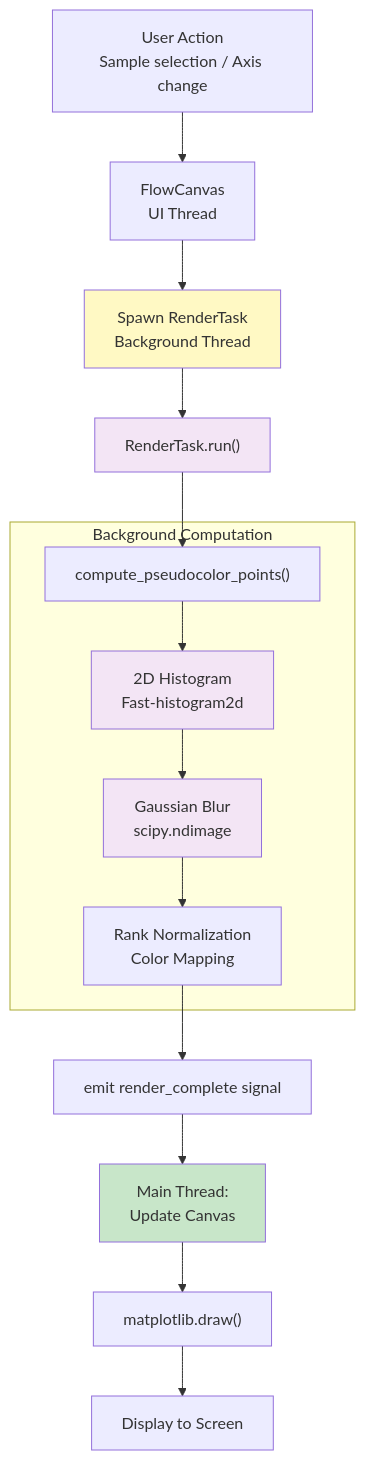
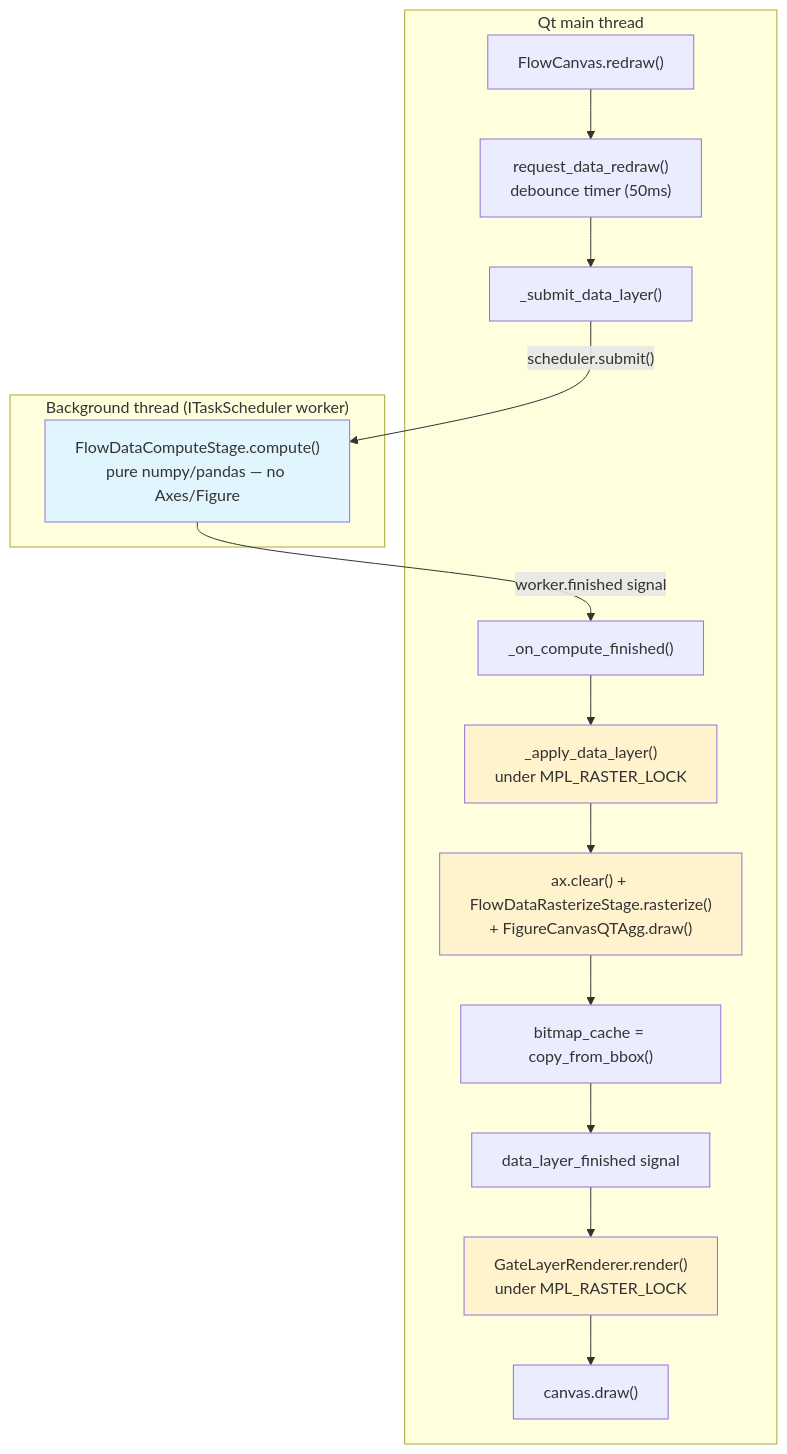
Before and after one commit to KalaimaranB/BioPro-flow-cytometry: the first of 2 diagrams in docs/developer/07_RENDERING_AND_VISUALIZATION.md, drawn with Mermaid. The commit also changed other lines of this file and 53 other files, not shown here.

````diff
--- a/docs/developer/07_RENDERING_AND_VISUALIZATION.md
+++ b/docs/developer/07_RENDERING_AND_VISUALIZATION.md
@@ -11,36 +39,25 @@
 ```mermaid
-graph TB
-    USER["User Action<br/>Sample selection / Axis change"]
-
-    USER --> CANVAS["FlowCanvas<br/>UI Thread"]
-
-    CANVAS --> SPAWN["Spawn RenderTask<br/>Background Thread"]
-
-    SPAWN --> RENDER_TASK["RenderTask.run()"]
-
-    subgraph "Background Computation"
-        COMPUTE1["compute_pseudocolor_points()"]
-        COMPUTE2["2D Histogram<br/>Fast-histogram2d"]
-        COMPUTE3["Gaussian Blur<br/>scipy.ndimage"]
-        COMPUTE4["Rank Normalization<br/>Color Mapping"]
+flowchart TB
+    subgraph MAIN["Qt main thread"]
+        A["FlowCanvas.redraw()"] --> B["request_data_redraw()<br/>debounce timer (50ms)"]
+        B --> C["_submit_data_layer()"]
+        H["_on_compute_finished()"] --> I["_apply_data_layer()<br/>under MPL_RASTER_LOCK"]
+        I --> J["ax.clear() + FlowDataRasterizeStage.rasterize()<br/>+ FigureCanvasQTAgg.draw()"]
+        J --> K["bitmap_cache = copy_from_bbox()"]
+        K --> L["data_layer_finished signal"]
+        L --> M["GateLayerRenderer.render()<br/>under MPL_RASTER_LOCK"]
+        M --> N["canvas.draw()"]
     end
 
-    RENDER_TASK --> COMPUTE1
-    COMPUTE1 --> COMPUTE2
-    COMPUTE2 --> COMPUTE3
-    COMPUTE3 --> COMPUTE4
+    subgraph BG["Background thread (ITaskScheduler worker)"]
+        D["FlowDataComputeStage.compute()<br/>pure numpy/pandas — no Axes/Figure"]
+    end
 
-    COMPUTE4 --> SIGNAL["emit render_complete signal"]
+    C -- "scheduler.submit()" --> D
+    D -- "worker.finished signal" --> H
 
-    SIGNAL --> UPDATE["Main Thread:<br/>Update Canvas"]
-
-    UPDATE --> DISPLAY["matplotlib.draw()"]
-
-    DISPLAY --> SHOW["Display to Screen"]
-
-    style SPAWN fill:#fff9c4
-    style RENDER_TASK fill:#f3e5f5
-    style COMPUTE2 fill:#f3e5f5
-    style COMPUTE3 fill:#f3e5f5
-    style UPDATE fill:#c8e6c9
+    style D fill:#e1f5fe
+    style I fill:#fff3cd
+    style J fill:#fff3cd
+    style M fill:#fff3cd
 ```
````
